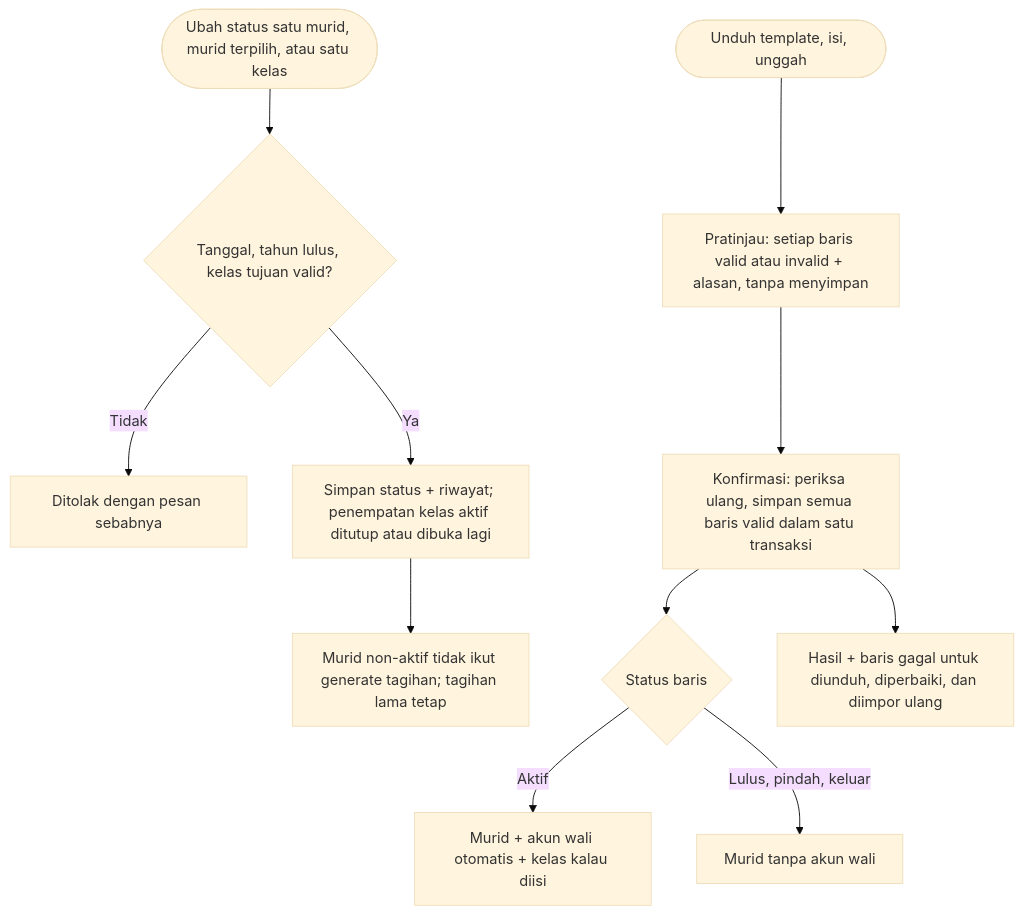
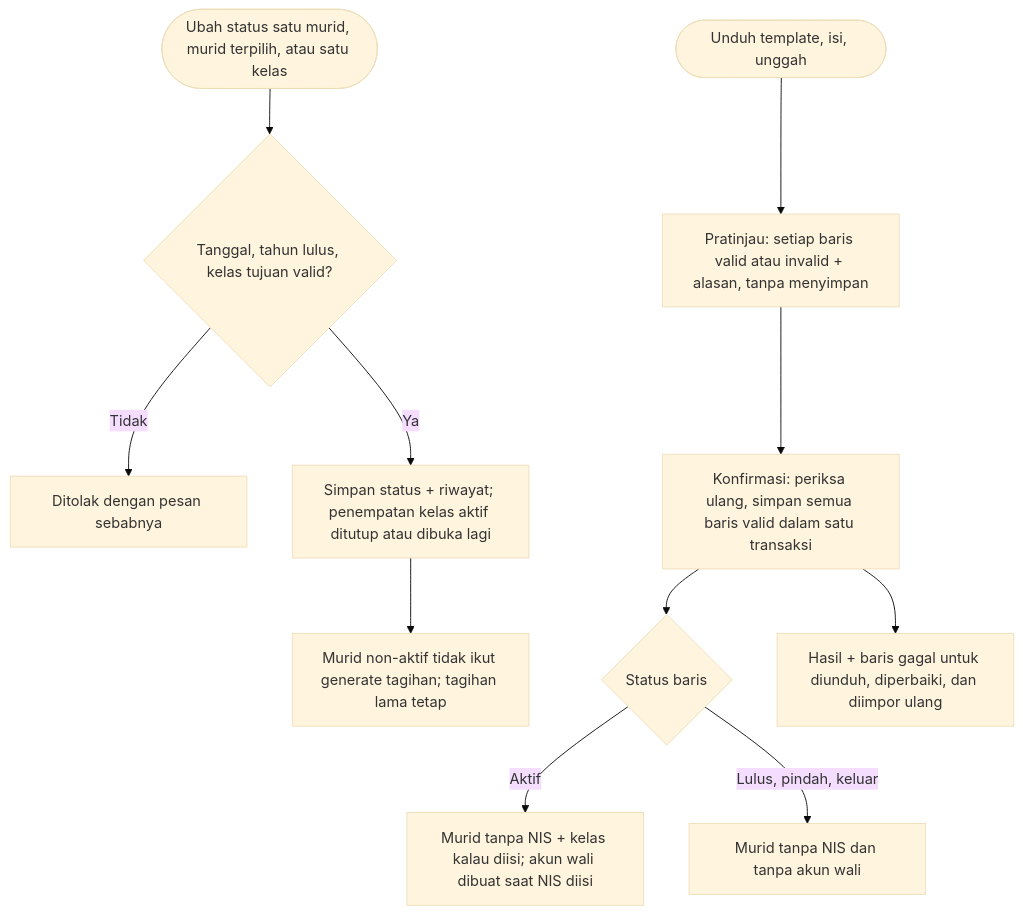
Before and after one commit to Keyanffz/TK_TA8_BE: the ninth of 10 diagrams in PROMPT_BE_TK.md, drawn with Mermaid (base theme). The commit also changed other lines of this file and 2 other files, not shown here.

First line of the commit message:
docs: acuan dan kontrak NIS murid diisi Kepala Sekolah

````diff
--- a/PROMPT_BE_TK.md
+++ b/PROMPT_BE_TK.md
@@ -543,13 +545,13 @@
 ```mermaid
 flowchart TD
     A([Ubah status satu murid, murid terpilih, atau satu kelas]) --> B{Tanggal, tahun lulus, kelas tujuan valid?}
     B -->|Tidak| C[Ditolak dengan pesan sebabnya]
     B -->|Ya| D[Simpan status + riwayat; penempatan kelas aktif ditutup atau dibuka lagi]
     D --> E[Murid non-aktif tidak ikut generate tagihan; tagihan lama tetap]
     F([Unduh template, isi, unggah]) --> G[Pratinjau: setiap baris valid atau invalid + alasan, tanpa menyimpan]
     G --> H[Konfirmasi: periksa ulang, simpan semua baris valid dalam satu transaksi]
     H --> I{Status baris}
-    I -->|Aktif| J[Murid + akun wali otomatis + kelas kalau diisi]
-    I -->|Lulus, pindah, keluar| K[Murid tanpa akun wali]
+    I -->|Aktif| J[Murid tanpa NIS + kelas kalau diisi; akun wali dibuat saat NIS diisi]
+    I -->|Lulus, pindah, keluar| K[Murid tanpa NIS dan tanpa akun wali]
     H --> L[Hasil + baris gagal untuk diunduh, diperbaiki, dan diimpor ulang]
 ```
````
